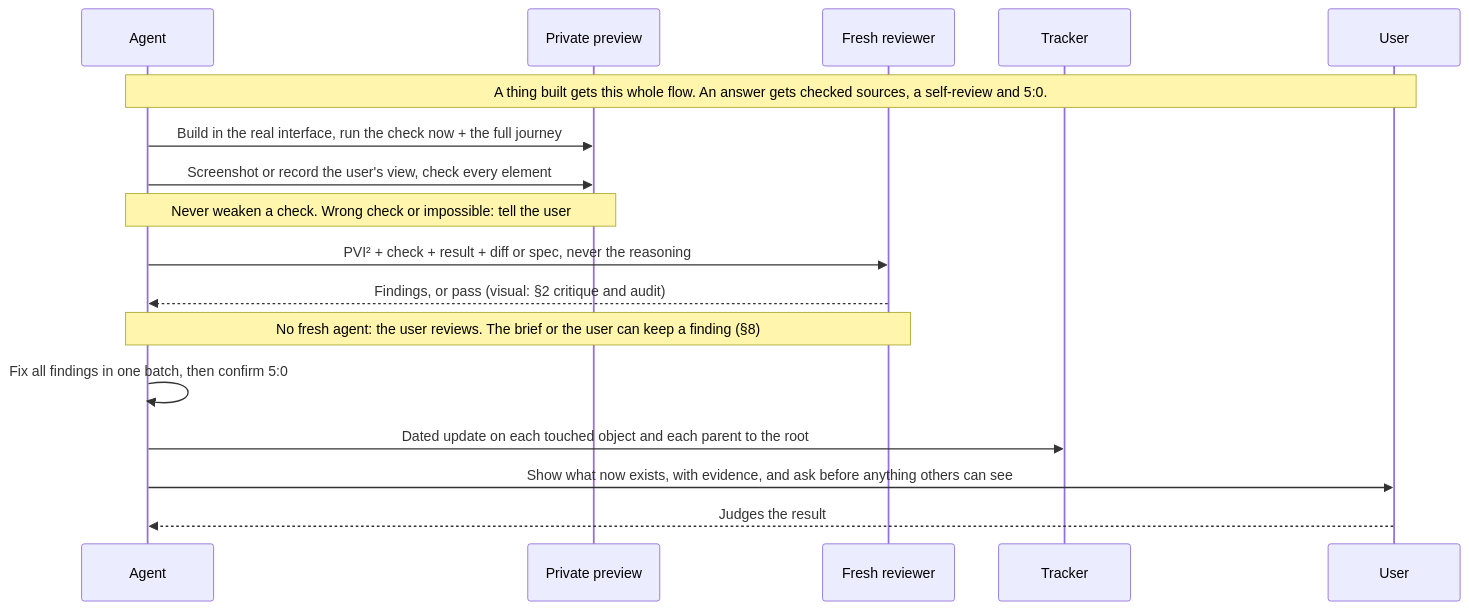
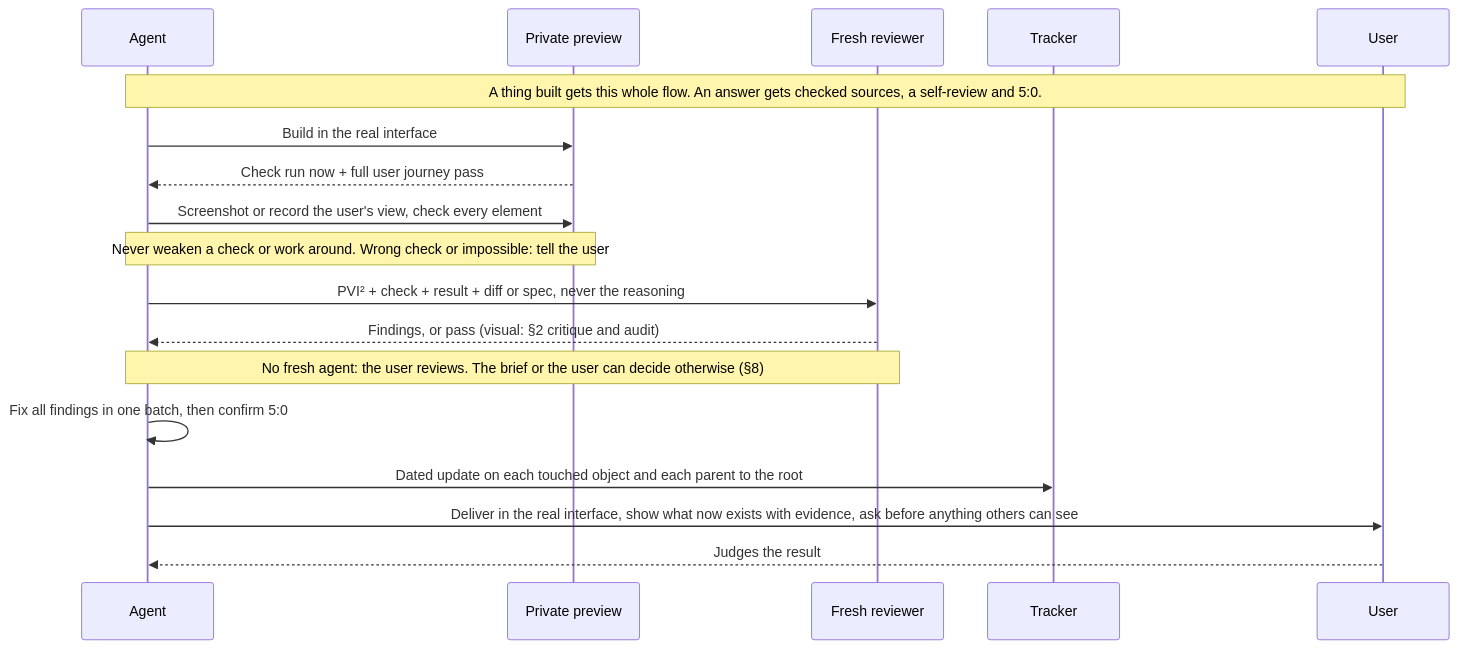
Diagram 11 of 14 in AGENTS.md (SolenixAI/arbiter), drawn with Mermaid before and after one commit. The commit also changed other lines of this file, not shown here.

````diff
--- a/AGENTS.md
+++ b/AGENTS.md
@@ -441,19 +442,20 @@
 ```mermaid
 sequenceDiagram
   participant A as Agent
   participant P as Private preview
   participant R as Fresh reviewer
   participant T as Tracker
   participant U as User
   Note over A,U: A thing built gets this whole flow. An answer gets checked sources, a self-review and 5:0.
-  A->>P: Build in the real interface, run the check now + the full journey
+  A->>P: Build in the real interface
+  P-->>A: Check run now + full user journey pass
   A->>P: Screenshot or record the user's view, check every element
-  Note over A,P: Never weaken a check. Wrong check or impossible: tell the user
+  Note over A,P: Never weaken a check or work around. Wrong check or impossible: tell the user
   A->>R: PVI² + check + result + diff or spec, never the reasoning
   R-->>A: Findings, or pass (visual: §2 critique and audit)
-  Note over A,R: No fresh agent: the user reviews. The brief or the user can keep a finding (§8)
+  Note over A,R: No fresh agent: the user reviews. The brief or the user can decide otherwise (§8)
   A->>A: Fix all findings in one batch, then confirm 5:0
   A->>T: Dated update on each touched object and each parent to the root
-  A->>U: Show what now exists, with evidence, and ask before anything others can see
+  A->>U: Deliver in the real interface, show what now exists with evidence, ask before anything others can see
   U-->>A: Judges the result
 ```
````
